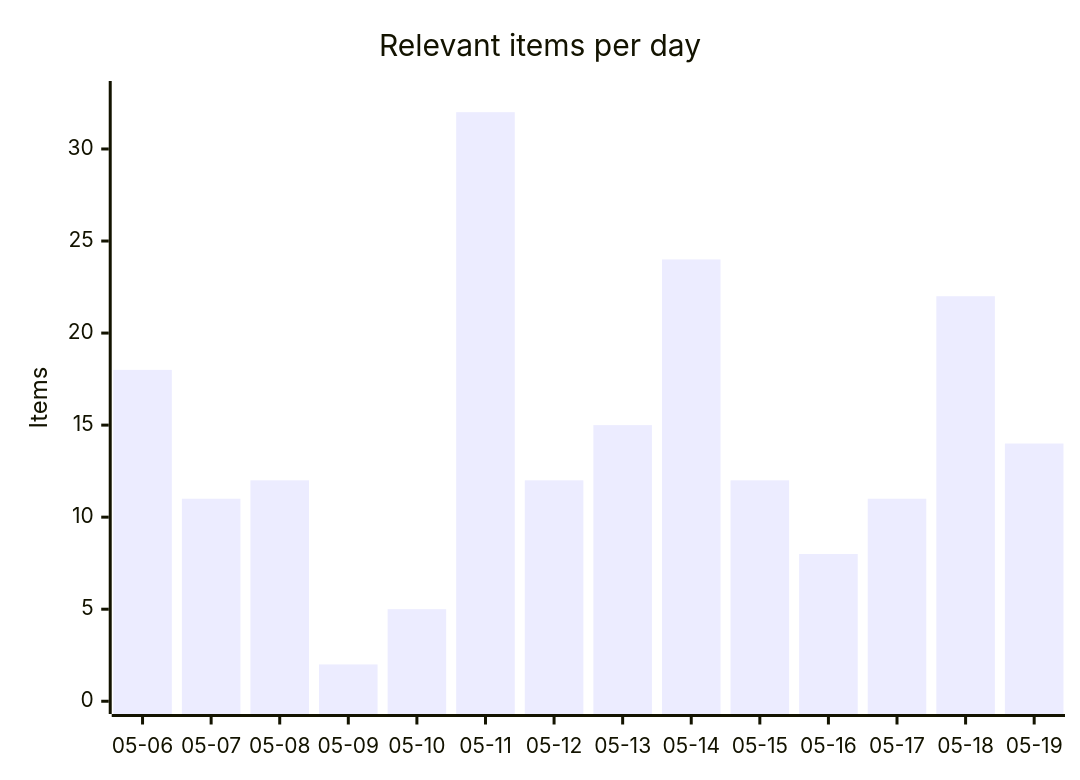
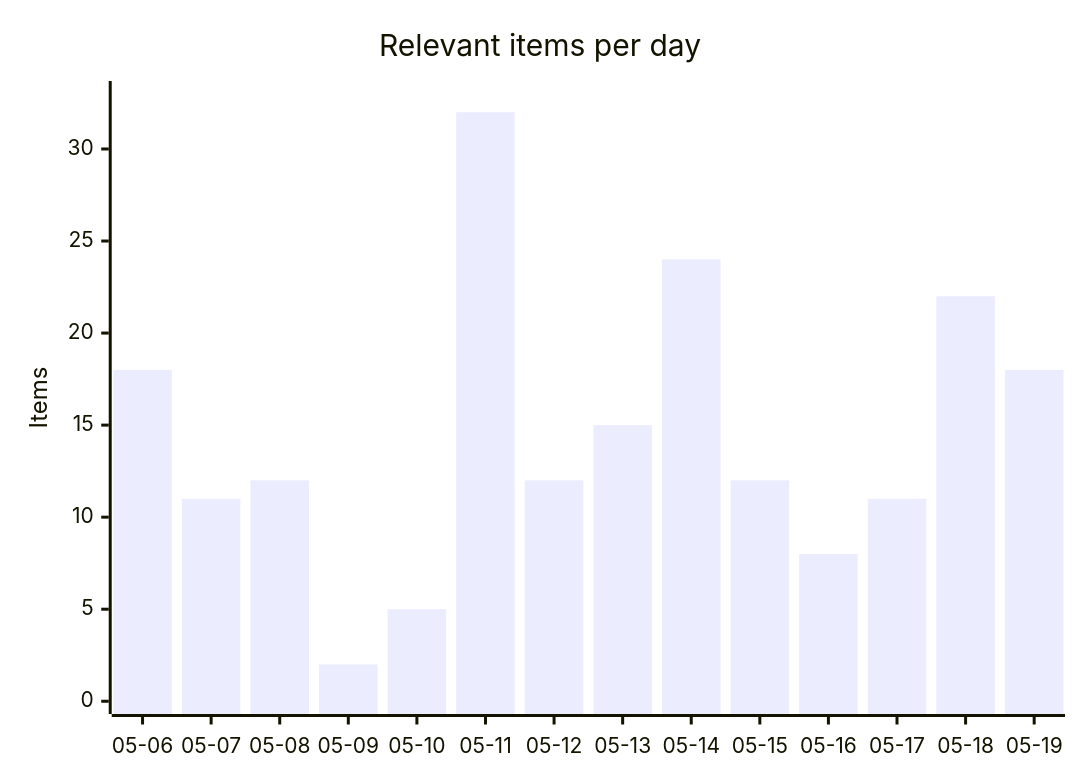
Before and after one commit to martinbalfanz/social-scanner-reports: the first of 4 diagrams in README.md, drawn with Mermaid. The commit also changed other lines of this file and 6 other files, not shown here.

````diff
--- a/README.md
+++ b/README.md
@@ -30,7 +30,7 @@
 ```mermaid
 xychart-beta
     title "Relevant items per day"
     x-axis ["05-06", "05-07", "05-08", "05-09", "05-10", "05-11", "05-12", "05-13", "05-14", "05-15", "05-16", "05-17", "05-18", "05-19"]
     y-axis "Items" 0 --> 33
-    bar [18, 11, 12, 2, 5, 32, 12, 15, 24, 12, 8, 11, 22, 14]
+    bar [18, 11, 12, 2, 5, 32, 12, 15, 24, 12, 8, 11, 22, 18]
 ```
````
